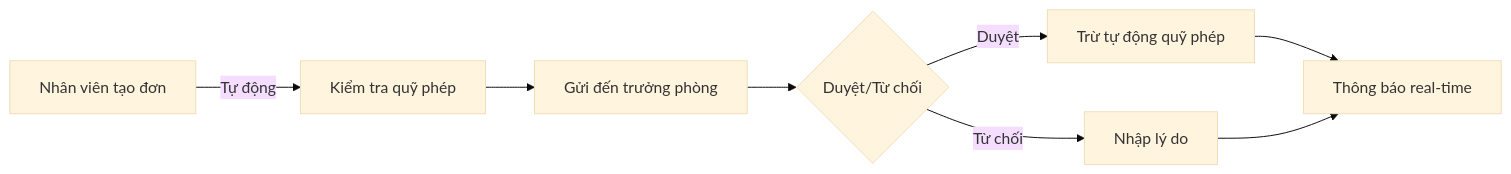
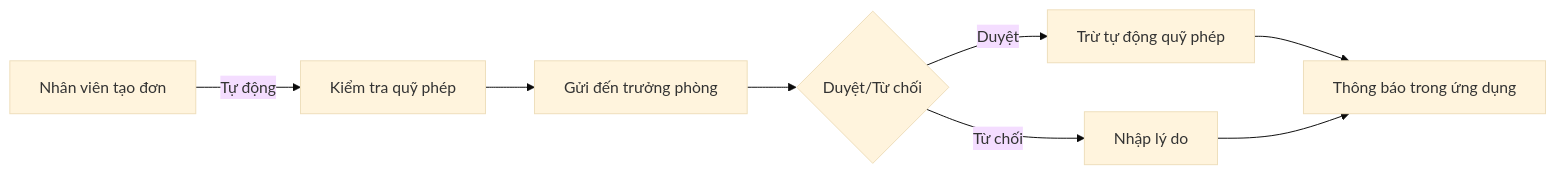
Before and after one commit to nghiaxh/hr-management: the fourth of 6 diagrams in docs/BRD.md, drawn with Mermaid (base theme). The commit also changed other lines of this file and 8 other files, not shown here.

````diff
--- a/docs/BRD.md
+++ b/docs/BRD.md
@@ -152,10 +152,10 @@
 ```mermaid
 flowchart LR
     A[Nhân viên tạo đơn] -->|Tự động| B[Kiểm tra quỹ phép]
     B --> C[Gửi đến trưởng phòng]
     C --> D{Duyệt/Từ chối}
     D -->|Duyệt| E[Trừ tự động quỹ phép]
     D -->|Từ chối| F[Nhập lý do]
-    E --> G[Thông báo real-time]
+    E --> G[Thông báo trong ứng dụng]
     F --> G
 ```
````
